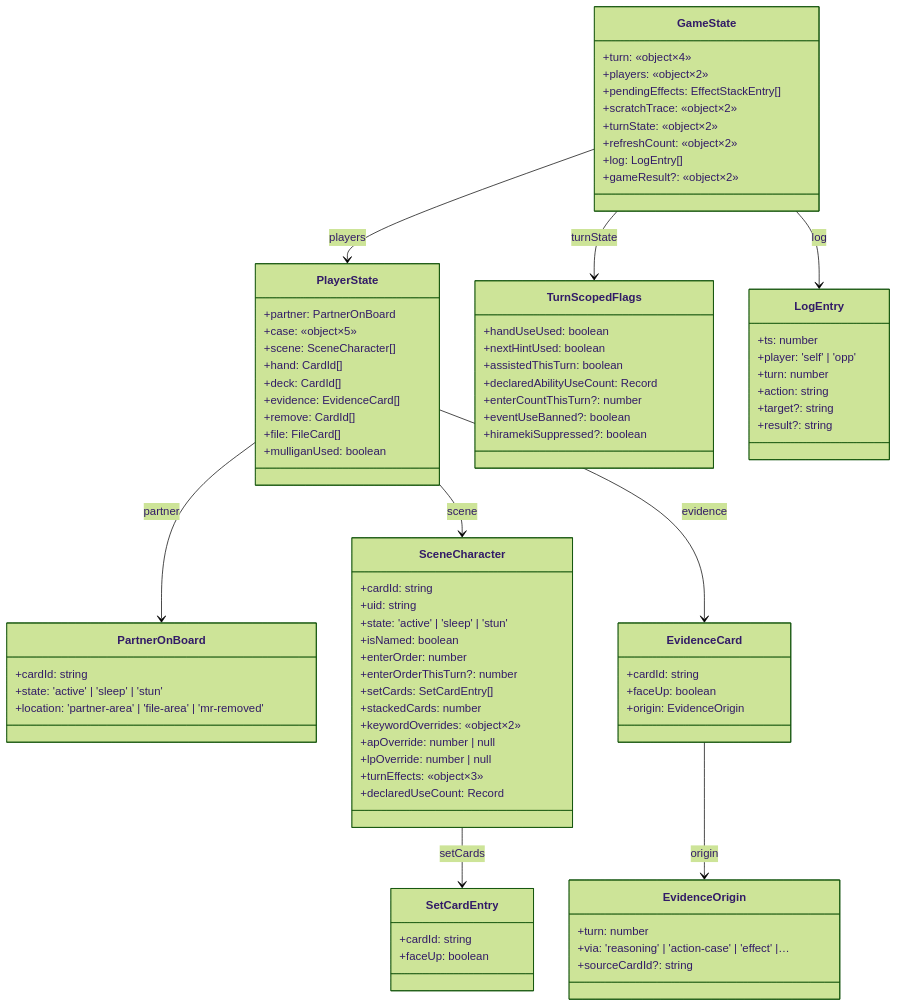
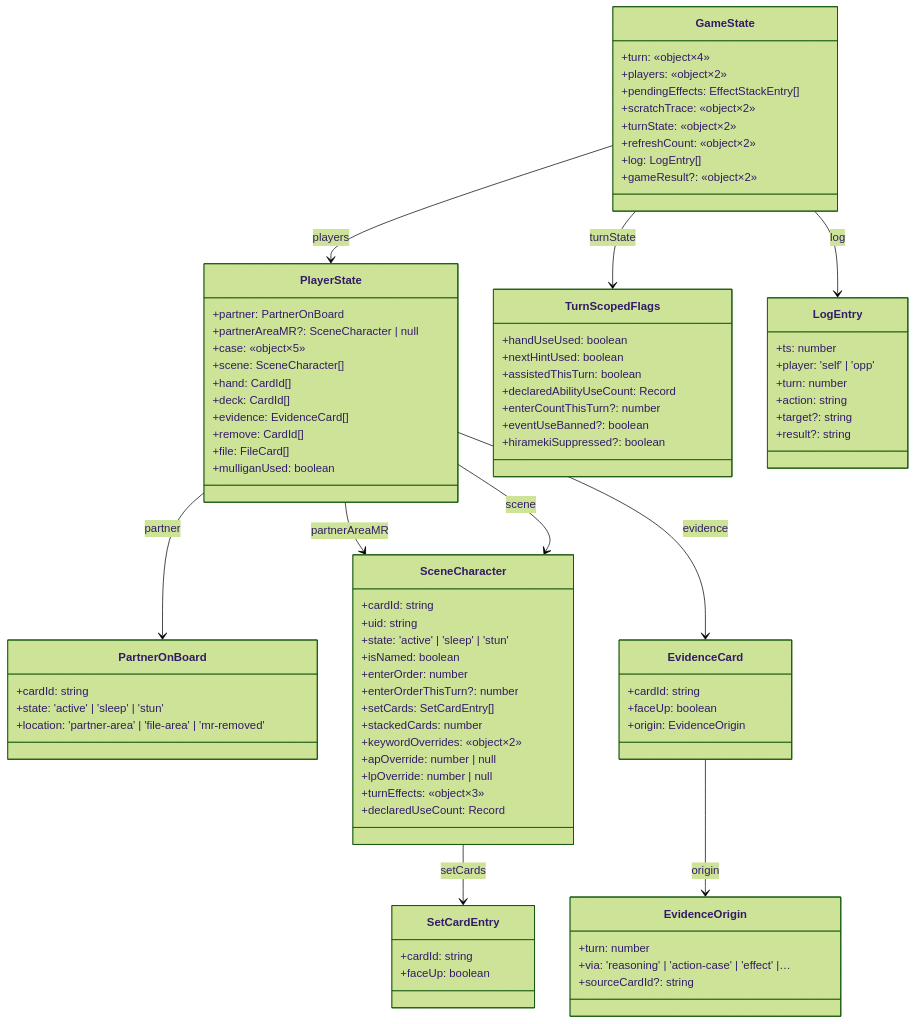
Before and after one commit to orihekat78/TCGApp: the diagram in .claude/auto/state/game-state.md, drawn with Mermaid (forest theme). The commit also changed other lines of this file and 103 other files, not shown here.

First line of the commit message:
feat(engine): MR partner-area core — rules/18 MR能力①② 配線 (Phase 1 engine core)

```diff
--- a/.claude/auto/state/game-state.md
+++ b/.claude/auto/state/game-state.md
@@ -24,6 +24,7 @@
   }
   class PlayerState {
     +partner: PartnerOnBoard
+    +partnerAreaMR?: SceneCharacter | null
     +case: «object×5»
     +scene: SceneCharacter[]
     +hand: CardId[]
@@ -88,6 +89,7 @@
   GameState --> TurnScopedFlags : turnState
   GameState --> LogEntry : log
   PlayerState --> PartnerOnBoard : partner
+  PlayerState --> SceneCharacter : partnerAreaMR
   PlayerState --> SceneCharacter : scene
   PlayerState --> EvidenceCard : evidence
   SceneCharacter --> SetCardEntry : setCards
```
